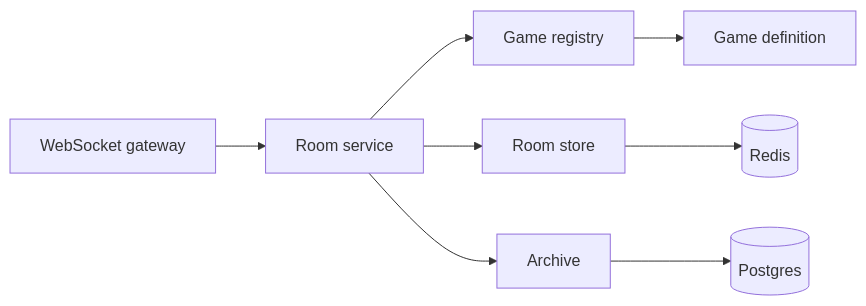
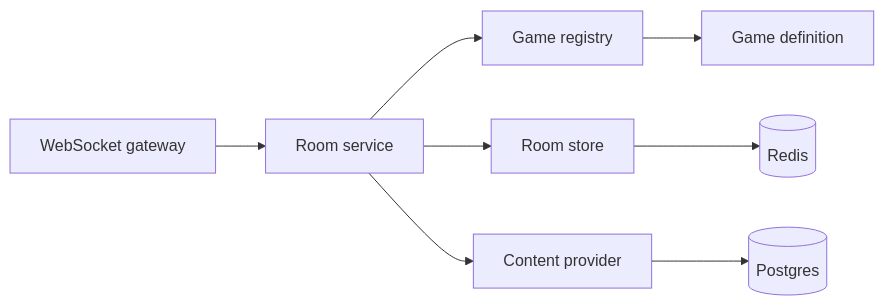
The third of 3 diagrams in docs/architecture.md (ysai258/friendzone), drawn with Mermaid before and after one commit. The commit also changed other lines of this file and 20 other files, not shown here.

````diff
--- a/docs/architecture.md
+++ b/docs/architecture.md
@@ -118,10 +117,10 @@
 ```mermaid
 graph LR
   W[WebSocket gateway] --> RS[Room service]
   RS --> GR[Game registry]
   GR --> GD[Game definition]
   RS --> ST[Room store]
   ST --> R[(Redis)]
-  RS --> AR[Archive]
-  AR --> P[(Postgres)]
+  RS --> CP[Content provider]
+  CP --> P[(Postgres)]
 ```
````
